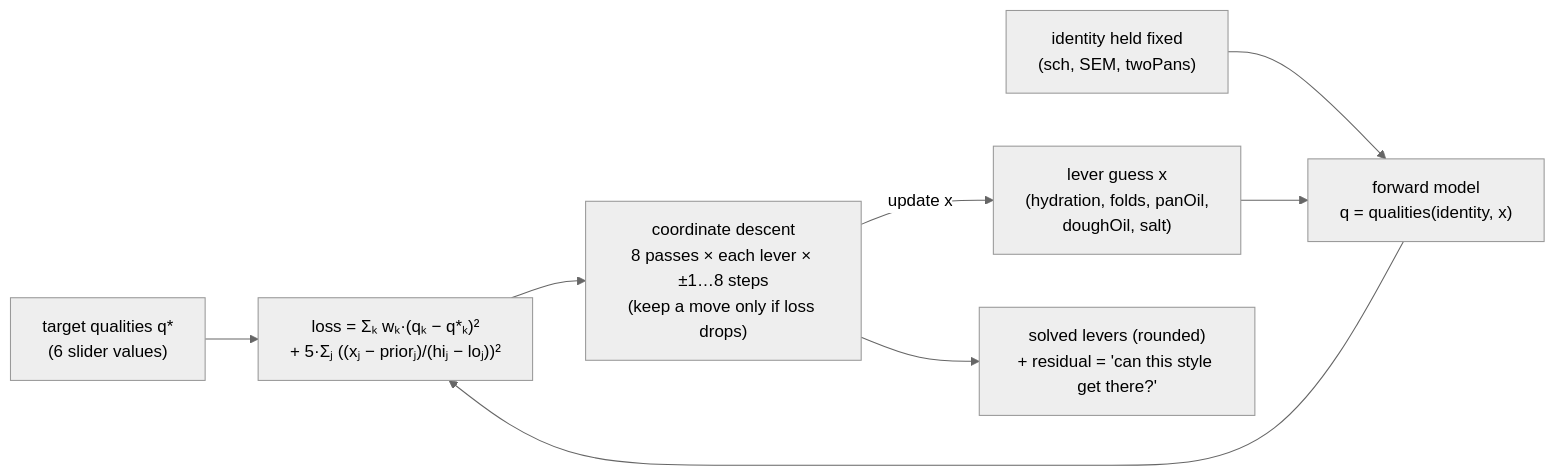
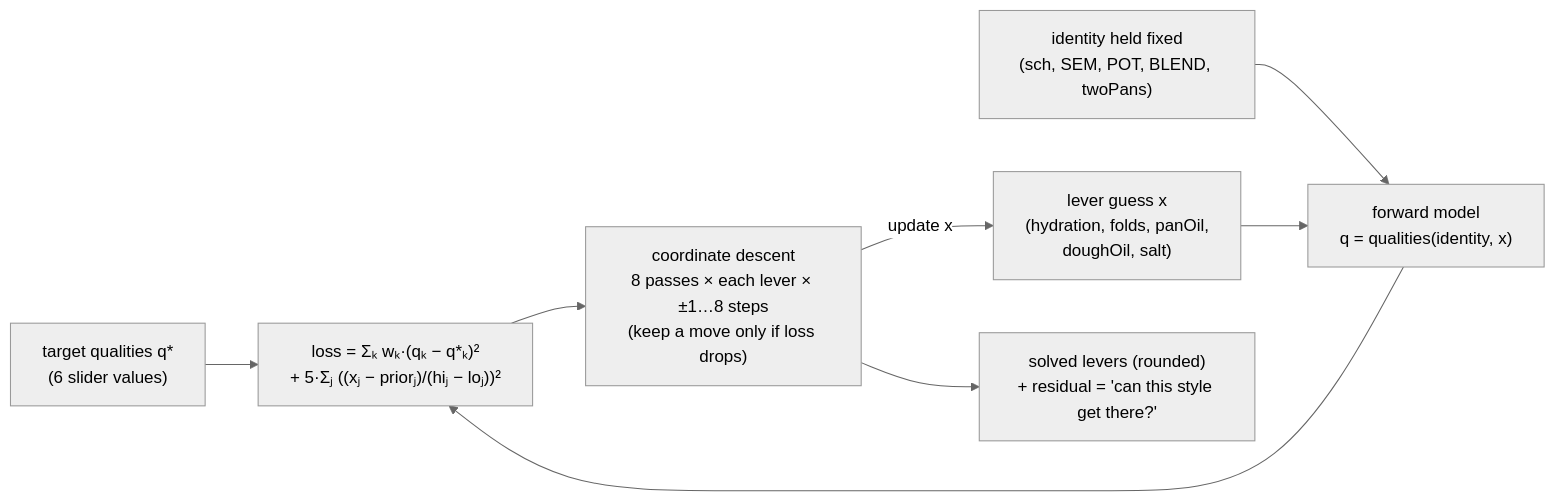
The second of 2 diagrams in content/kitchen/focaccia-model.md (4AM365/4AM365.github.io), drawn with Mermaid (neutral theme) before and after one commit. The commit also changed other lines of this file and 2 other files, not shown here.

Commit message:
widget: Add pinsa rice/soy flour blend (identity dimension) and a passata topping for the sauce focacce

````diff
--- a/content/kitchen/focaccia-model.md
+++ b/content/kitchen/focaccia-model.md
@@ -112,18 +115,18 @@
 ```mermaid
 graph LR
   target["target qualities  q*<br/>(6 slider values)"]
-  identity["identity held fixed<br/>(sch, SEM, twoPans)"]
+  identity["identity held fixed<br/>(sch, SEM, POT, BLEND, twoPans)"]
   guess["lever guess  x<br/>(hydration, folds, panOil,<br/>doughOil, salt)"]
   fwd["forward model<br/>q = qualities(identity, x)"]
   loss["loss = Σₖ wₖ·(qₖ − q*ₖ)²<br/>+ 5·Σⱼ ((xⱼ − priorⱼ)/(hiⱼ − loⱼ))²"]
   step["coordinate descent<br/>8 passes × each lever × ±1…8 steps<br/>(keep a move only if loss drops)"]
   out["solved levers (rounded)<br/>+ residual = 'can this style get there?'"]
 
   target --> loss
   identity --> fwd
   guess --> fwd
   fwd --> loss
   loss --> step
   step -->|update x| guess
   step --> out
 ```
````
